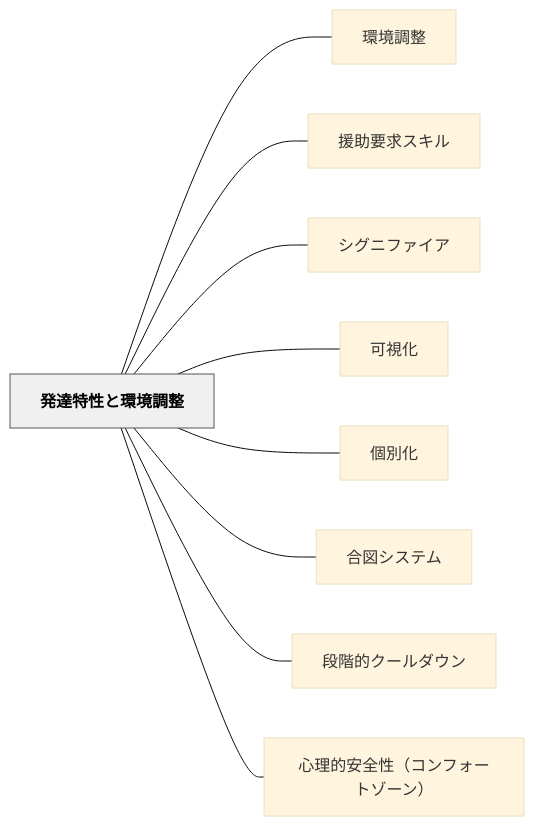
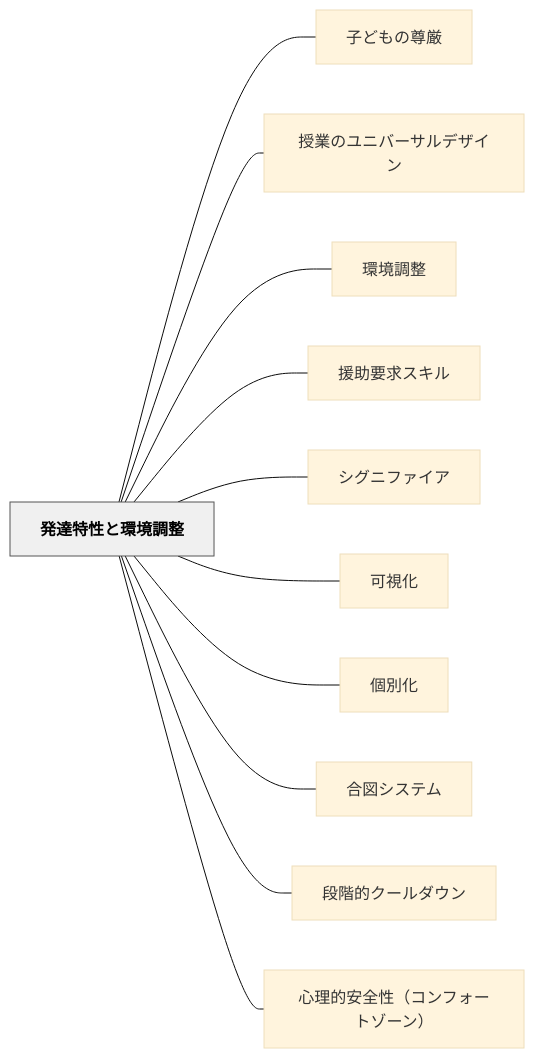
Before and after one commit to unknownthings-ed-patterns/unknownthings-ed-patterns: the diagram in content/パタン/発達特性と環境調整.md, drawn with Mermaid (base theme). The commit also changed other lines of this file and 473 other files, not shown here.

````diff
--- a/content/パタン/発達特性と環境調整.md
+++ b/content/パタン/発達特性と環境調整.md
@@ -185,24 +187,28 @@
 ```mermaid
 flowchart LR
     ne799bae98194["発達特性と環境調整"]
+    ne5ad90e381a9["子どもの尊厳"]
+    ne68e88e6a5ad["授業のユニバーサルデザイン"]
     ne792b0e5a283["環境調整"]
     ne68fb4e58aa9["援助要求スキル"]
     ne382b7e382b0["シグニファイア"]
     ne58fafe8a696["可視化"]
     ne5808be588a5["個別化"]
     ne59088e59bb3["合図システム"]
     ne6aeb5e99a8e["段階的クールダウン"]
     ne5bf83e79086["心理的安全性（コンフォートゾーン）"]
 
+    ne799bae98194 --- ne5ad90e381a9
+    ne799bae98194 --- ne68e88e6a5ad
     ne799bae98194 --- ne792b0e5a283
     ne799bae98194 --- ne68fb4e58aa9
     ne799bae98194 --- ne382b7e382b0
     ne799bae98194 --- ne58fafe8a696
     ne799bae98194 --- ne5808be588a5
     ne799bae98194 --- ne59088e59bb3
     ne799bae98194 --- ne6aeb5e99a8e
     ne799bae98194 --- ne5bf83e79086
 
     classDef hub fill:#f0f0f0,stroke:#555,color:#000,font-weight:bold
     class ne799bae98194 hub
 ```
````
